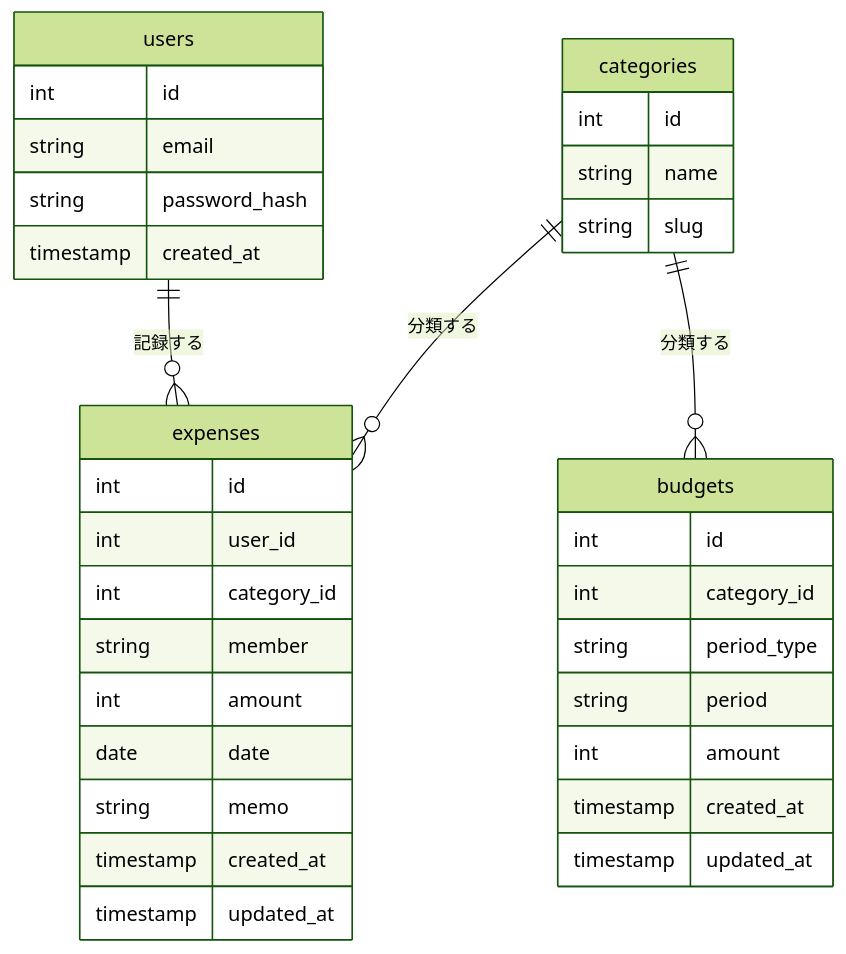
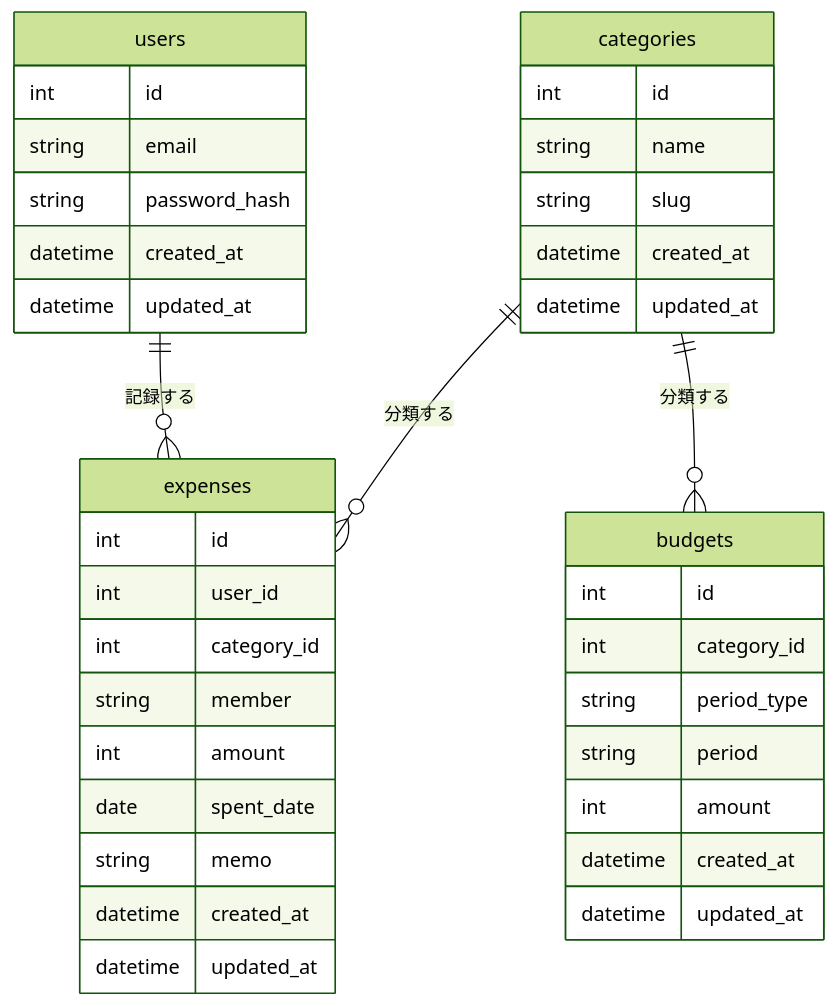
Before and after one commit to takahashi-toshiya/kakeibo: the diagram in docs/DB設計.md, drawn with Mermaid (forest theme). The commit also changed other lines of this file and 2 other files, not shown here.

Commit message:
Add empty Dockerfile and docker-compose.yml to backend

````diff
--- a/docs/DB設計.md
+++ b/docs/DB設計.md
@@ -5,41 +5,44 @@
 ```mermaid
 erDiagram
     users {
         int id
         string email
         string password_hash
-        timestamp created_at
+        datetime created_at
+        datetime updated_at
     }
 
     categories {
         int id
         string name
         string slug
+        datetime created_at
+        datetime updated_at
     }
 
     expenses {
         int id
         int user_id
         int category_id
         string member
         int amount
-        date date
+        date spent_date
         string memo
-        timestamp created_at
-        timestamp updated_at
+        datetime created_at
+        datetime updated_at
     }
 
     budgets {
         int id
         int category_id
         string period_type
         string period
         int amount
-        timestamp created_at
-        timestamp updated_at
+        datetime created_at
+        datetime updated_at
     }
 
     users ||--o{ expenses : "記録する"
     categories ||--o{ expenses : "分類する"
     categories ||--o{ budgets : "分類する"
 ```
````
